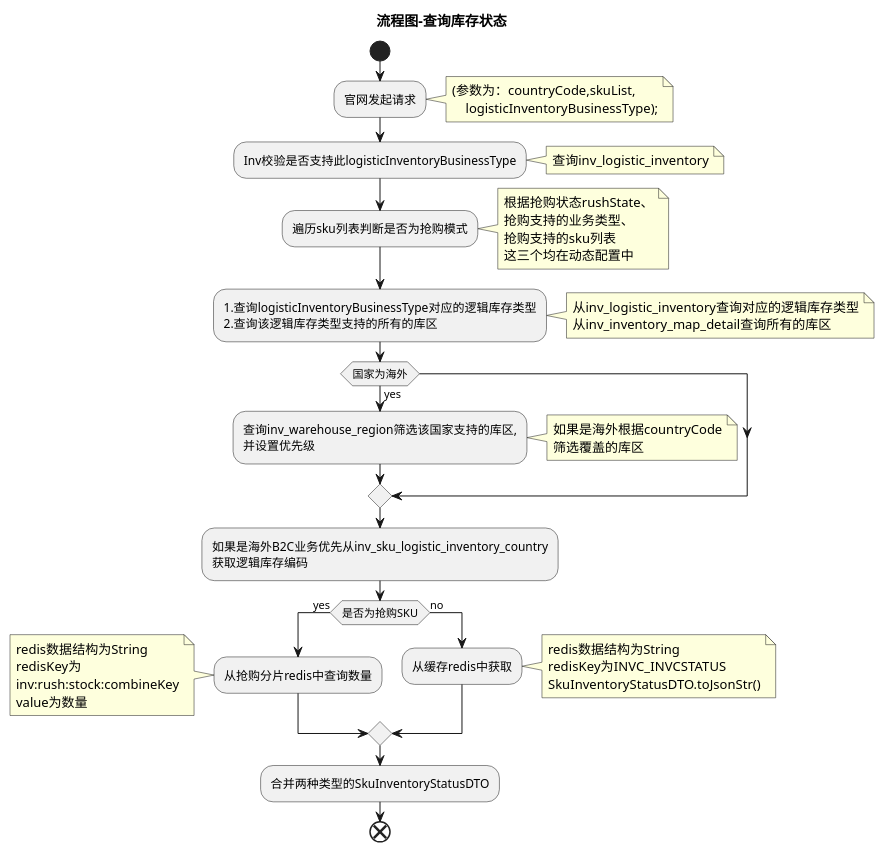
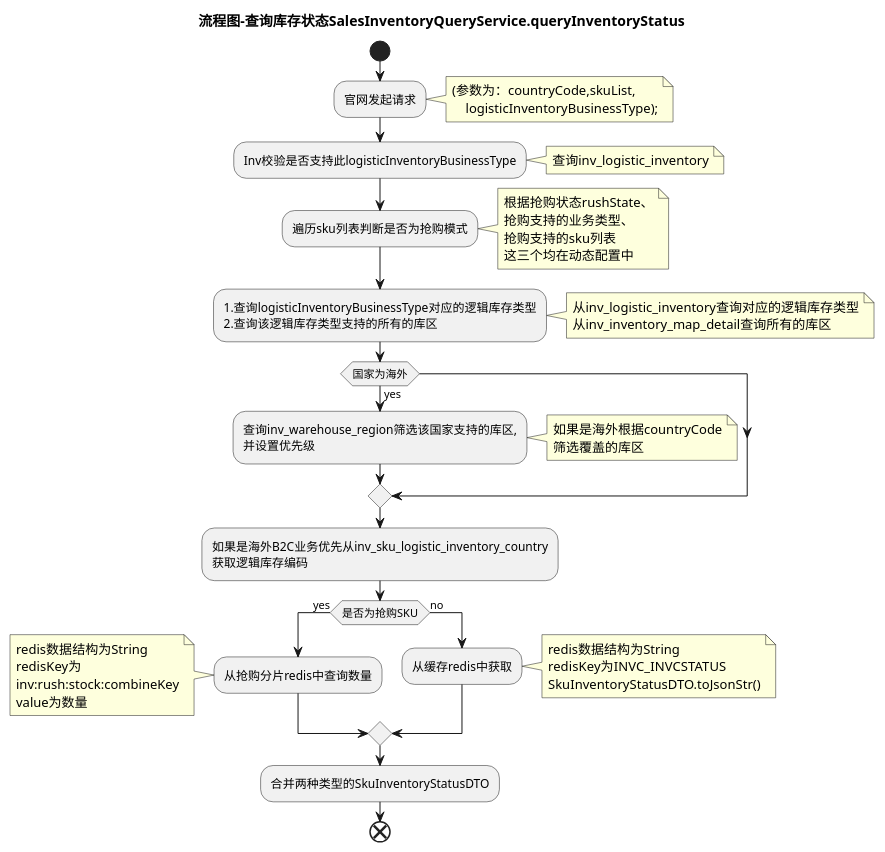
Before and after one commit to newbigTech/myDesignPattern: the diagram in uml/inventory/queryInventoryStatus.puml, drawn with PlantUML.

```diff
--- a/uml/inventory/queryInventoryStatus.puml
+++ b/uml/inventory/queryInventoryStatus.puml
@@ -1,63 +1,63 @@
 @startuml
 'Store -> inventory:查询库存状态(countryCode,skuList,logisticInventoryBusinessType)
 'inventory -> inventory:查询inv_logistic_inventory,校验是否支持此logisticInventoryBusinessType
-title 流程图-查询库存状态
+title 流程图-查询库存状态SalesInventoryQueryService.queryInventoryStatus
 start
 :官网发起请求;
 note right
 (参数为：countryCode,skuList,
     logisticInventoryBusinessType);
 end note
 
 :Inv校验是否支持此logisticInventoryBusinessType;
 note right
 查询inv_logistic_inventory
 end note
 
 :遍历sku列表判断是否为抢购模式;
 note right
 根据抢购状态rushState、
 抢购支持的业务类型、
 抢购支持的sku列表
 这三个均在动态配置中
 end note
 
 :1.查询logisticInventoryBusinessType对应的逻辑库存类型
 2.查询该逻辑库存类型支持的所有的库区;
 note right
 从inv_logistic_inventory查询对应的逻辑库存类型
 从inv_inventory_map_detail查询所有的库区
 end note
 
 if (国家为海外) then (yes)
     :查询inv_warehouse_region筛选该国家支持的库区,
     并设置优先级;
     note right
     如果是海外根据countryCode
     筛选覆盖的库区
     end note
 endif
 
 :如果是海外B2C业务优先从inv_sku_logistic_inventory_country
 获取逻辑库存编码;
 
 if(是否为抢购SKU) then(yes)
     :从抢购分片redis中查询数量;
     note left
         redis数据结构为String
         redisKey为
         inv:rush:stock:combineKey
         value为数量
     end note
 else (no)
     :从缓存redis中获取;
     note right
         redis数据结构为String
         redisKey为INVC_INVCSTATUS
         SkuInventoryStatusDTO.toJsonStr()
     end note
 endif
 
 :合并两种类型的SkuInventoryStatusDTO;
 end
 @enduml
```
